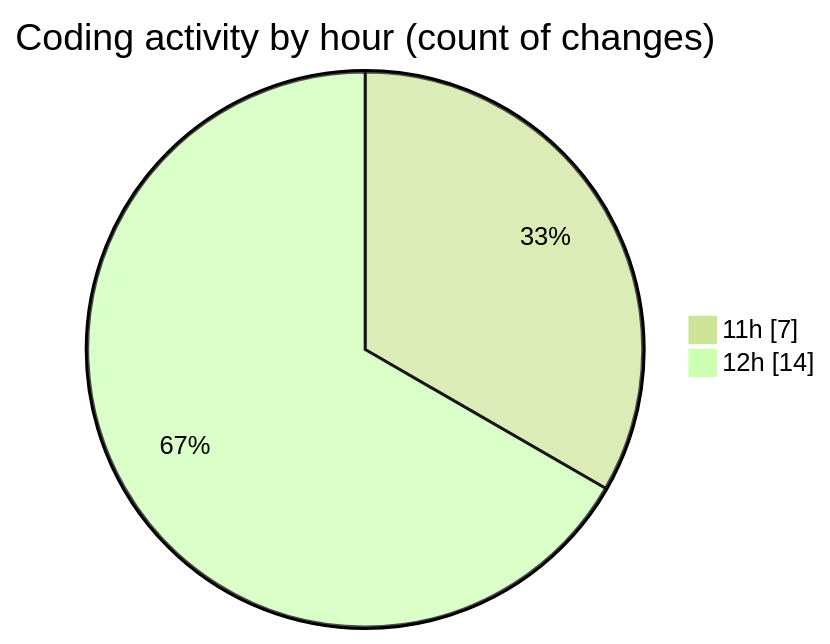
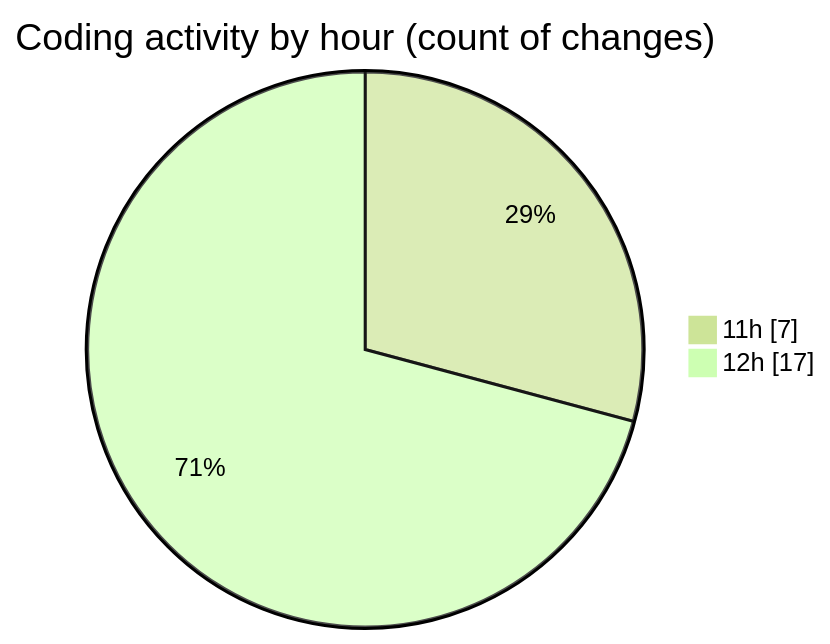
The second of 2 diagrams in 2025-01-08/nueva_carpeta/README.md (LanceThiago/code-tracking), drawn with Mermaid (forest theme) before and after one commit. The commit also changed other lines of this file and 1 other file, not shown here.

````diff
--- a/2025-01-08/nueva_carpeta/README.md
+++ b/2025-01-08/nueva_carpeta/README.md
@@ -28,6 +28,6 @@
 ```mermaid
 pie showData
 title Coding activity by hour (count of changes)
 "11h" : 7
-"12h" : 14
+"12h" : 17
 ```
````
